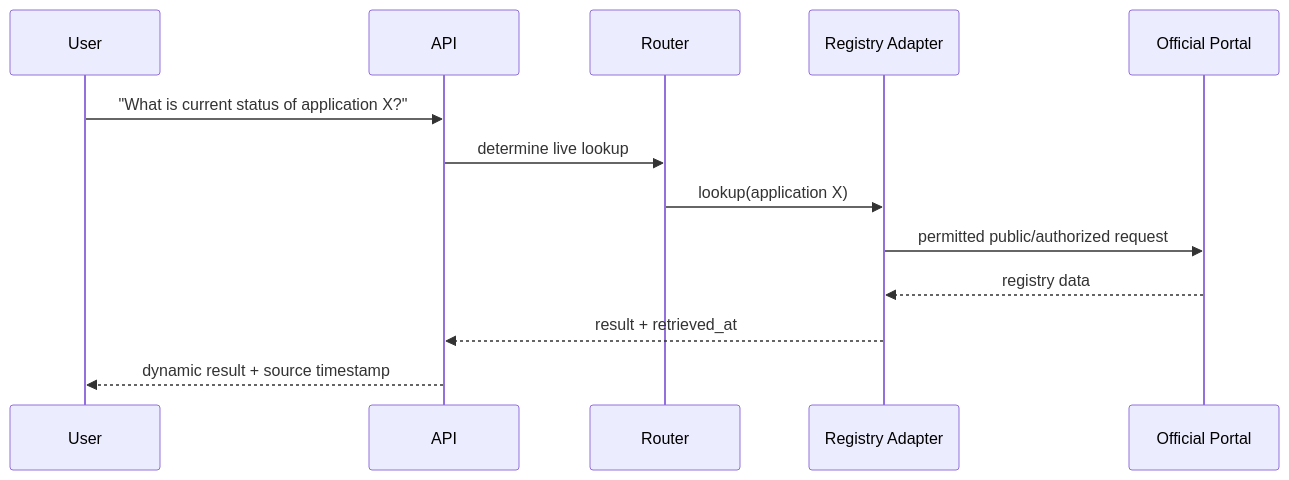
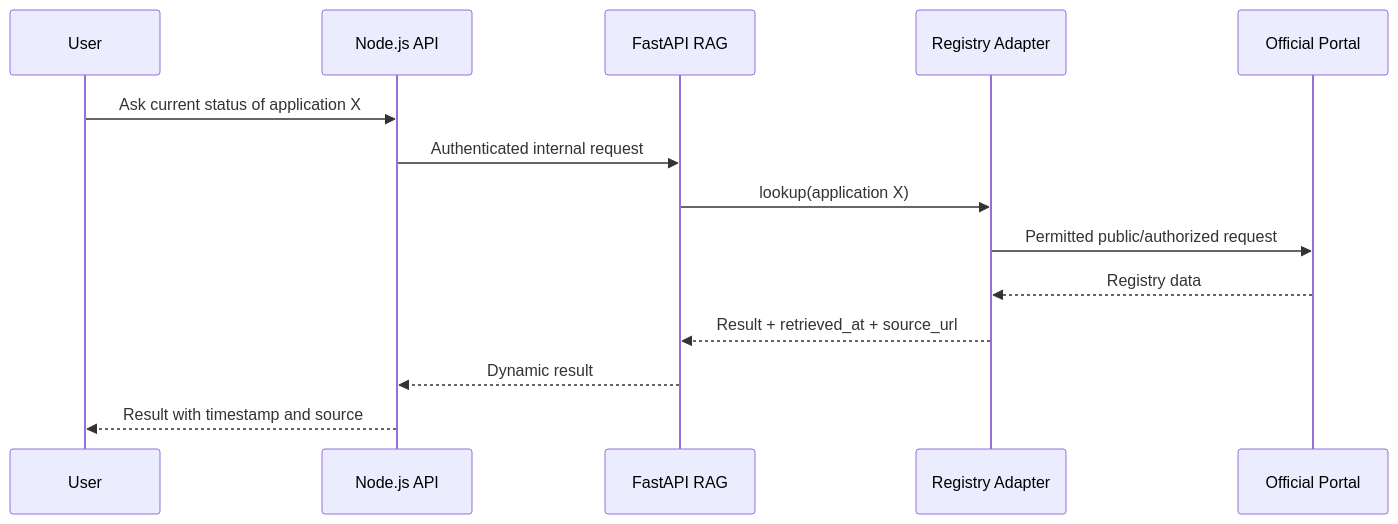
The sixth of 9 diagrams in docs/27-SEQUENCE-DIAGRAMS.md (aaryashah1010/Sih_rag), drawn with Mermaid before and after one commit. The commit also changed other lines of this file and 12 other files, not shown here.

````diff
--- a/docs/27-SEQUENCE-DIAGRAMS.md
+++ b/docs/27-SEQUENCE-DIAGRAMS.md
@@ -58,16 +109,17 @@
 ```mermaid
 sequenceDiagram
     participant U as User
-    participant A as API
-    participant R as Router
-    participant I as Registry Adapter
+    participant N as Node.js API
+    participant F as FastAPI RAG
+    participant R as Registry Adapter
     participant P as Official Portal
 
-    U->>A: "What is current status of application X?"
-    A->>R: determine live lookup
-    R->>I: lookup(application X)
-    I->>P: permitted public/authorized request
-    P-->>I: registry data
-    I-->>A: result + retrieved_at
-    A-->>U: dynamic result + source timestamp
+    U->>N: Ask current status of application X
+    N->>F: Authenticated internal request
+    F->>R: lookup(application X)
+    R->>P: Permitted public/authorized request
+    P-->>R: Registry data
+    R-->>F: Result + retrieved_at + source_url
+    F-->>N: Dynamic result
+    N-->>U: Result with timestamp and source
 ```
````
